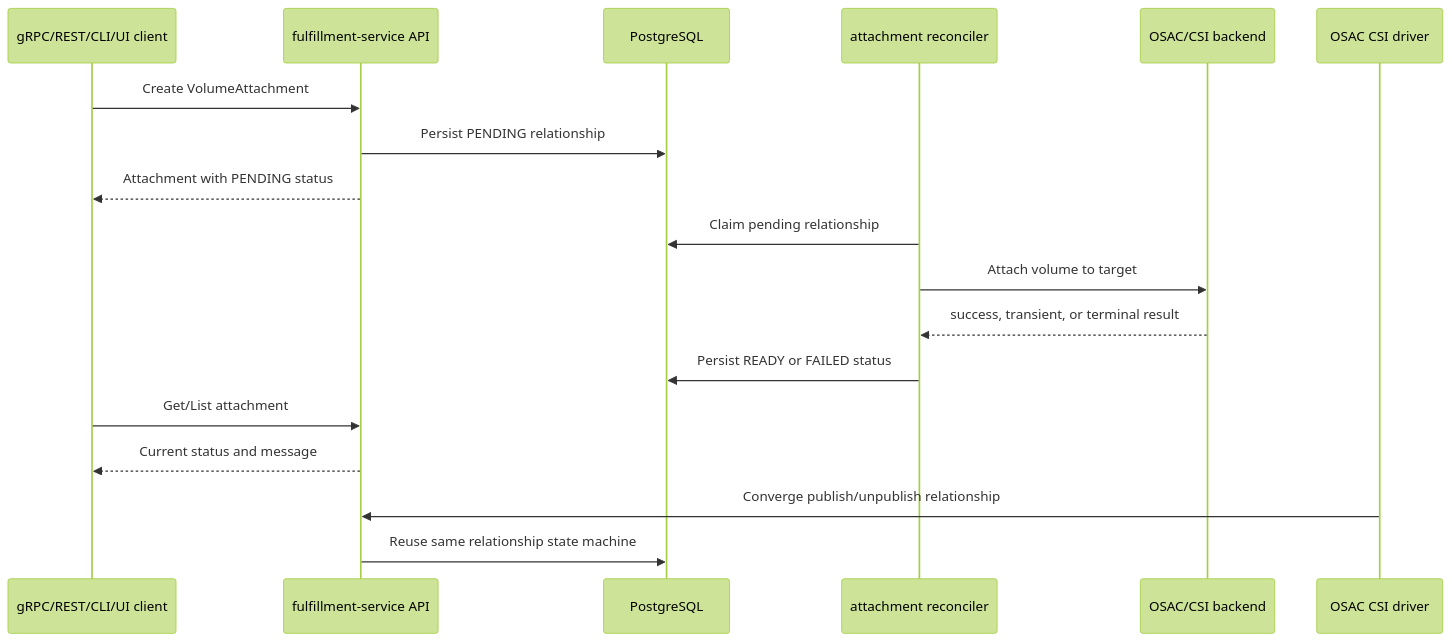
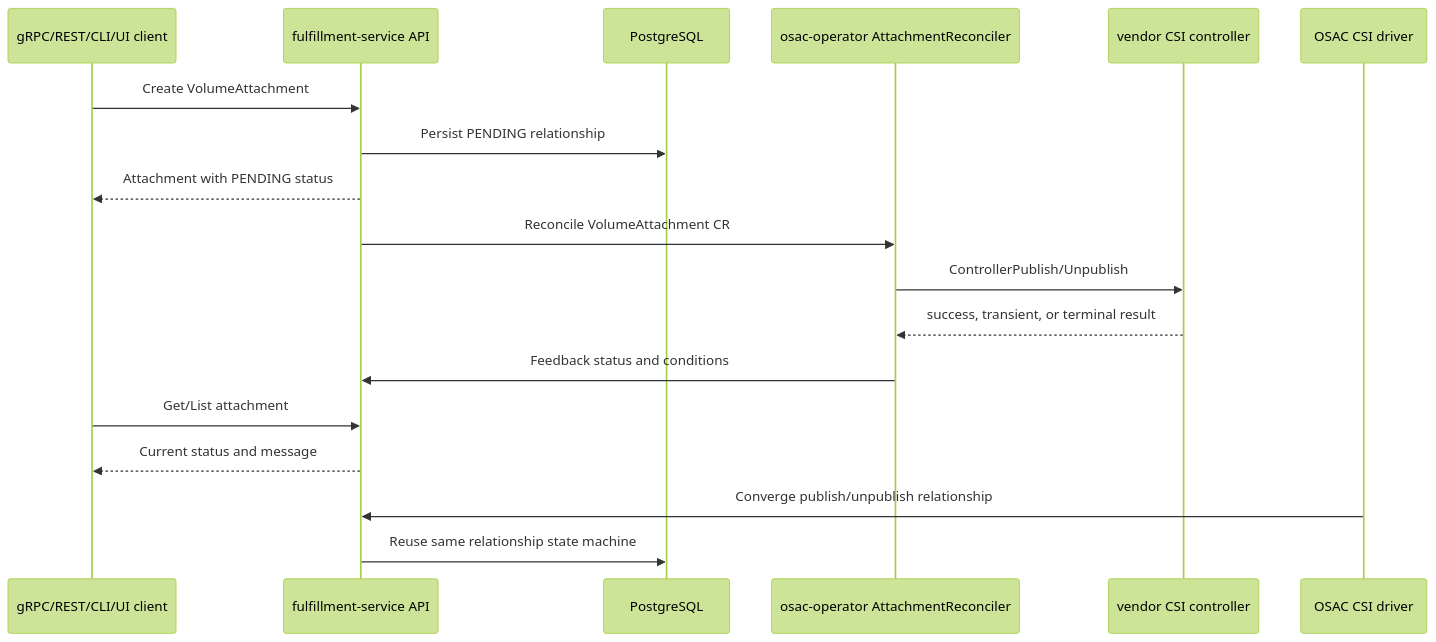
Before and after one commit to osac-project/enhancement-proposals: the diagram in enhancements/OSAC-4884-volume-api-storage-attach-detach/design.md, drawn with Mermaid (forest theme). The commit also changed other lines of this file and 1 other file, not shown here.

Commit message:
OSAC-4884: align attachment design with operator reconciliation

````diff
--- a/enhancements/OSAC-4884-volume-api-storage-attach-detach/design.md
+++ b/enhancements/OSAC-4884-volume-api-storage-attach-detach/design.md
@@ -100,21 +100,21 @@
 ```mermaid
 sequenceDiagram
     participant Client as gRPC/REST/CLI/UI client
     participant API as fulfillment-service API
     participant DB as PostgreSQL
-    participant Worker as attachment reconciler
-    participant Backend as OSAC/CSI backend
+    participant Operator as osac-operator AttachmentReconciler
+    participant Vendor as vendor CSI controller
     participant CSI as OSAC CSI driver
 
     Client->>API: Create VolumeAttachment
     API->>DB: Persist PENDING relationship
     API-->>Client: Attachment with PENDING status
-    Worker->>DB: Claim pending relationship
-    Worker->>Backend: Attach volume to target
-    Backend-->>Worker: success, transient, or terminal result
-    Worker->>DB: Persist READY or FAILED status
+    API->>Operator: Reconcile VolumeAttachment CR
+    Operator->>Vendor: ControllerPublish/Unpublish
+    Vendor-->>Operator: success, transient, or terminal result
+    Operator->>API: Feedback status and conditions
     Client->>API: Get/List attachment
     API-->>Client: Current status and message
     CSI->>API: Converge publish/unpublish relationship
     API->>DB: Reuse same relationship state machine
 ```
````
